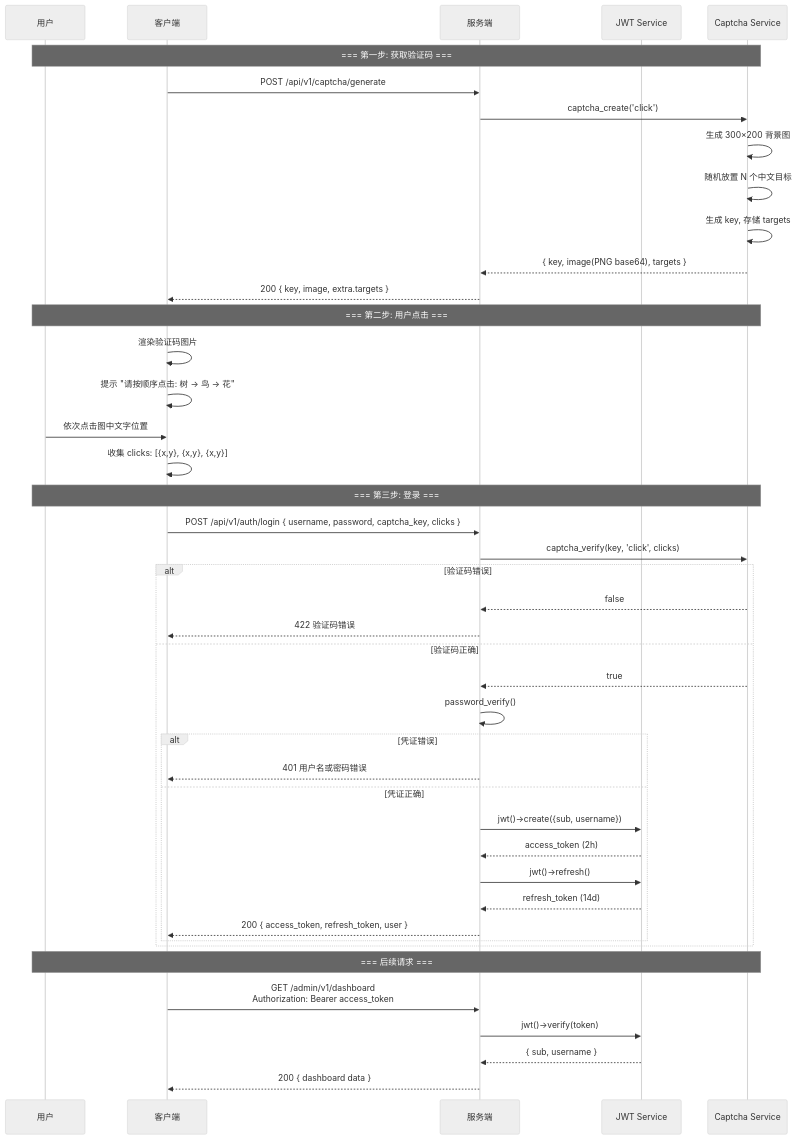
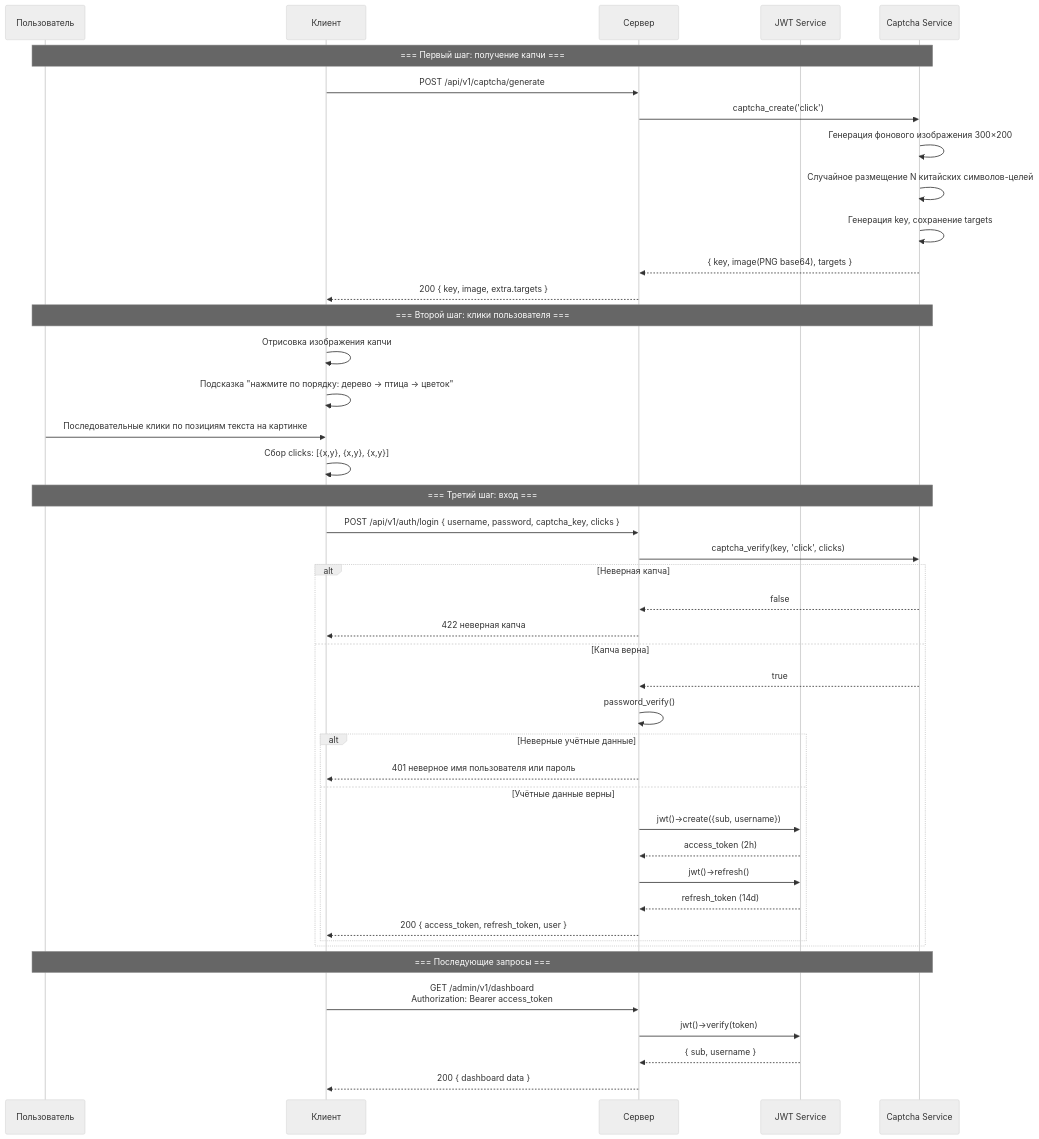
One commit to erikwang2013/game-platform-php changed the fourth of 14 diagrams in admin/docs/ARCHITECTURE.ru.md. Above: the diagram before and after it, drawn with Mermaid (neutral theme). The commit also changed other lines of this file and 211 other files, not shown here.

First line of the commit message:
fix: 支付配置读回类型根治、提现事件对账巡检，12 语族 mermaid 与 API 标签本地化

````diff
--- a/admin/docs/ARCHITECTURE.ru.md
+++ b/admin/docs/ARCHITECTURE.ru.md
@@ -229,49 +229,49 @@
 ```mermaid
 sequenceDiagram
-    participant U as 用户
-    participant CL as 客户端
-    participant SV as 服务端
+    participant U as Пользователь
+    participant CL as Клиент
+    participant SV as Сервер
     participant JWT as JWT Service
     participant CAP as Captcha Service
 
-    Note over U,CAP: === 第一步: 获取验证码 ===
+    Note over U,CAP: === Первый шаг: получение капчи ===
     CL->>SV: POST /api/v1/captcha/generate
     SV->>CAP: captcha_create('click')
-    CAP->>CAP: 生成 300×200 背景图
-    CAP->>CAP: 随机放置 N 个中文目标
-    CAP->>CAP: 生成 key, 存储 targets
+    CAP->>CAP: Генерация фонового изображения 300×200
+    CAP->>CAP: Случайное размещение N китайских символов-целей
+    CAP->>CAP: Генерация key, сохранение targets
     CAP-->>SV: { key, image(PNG base64), targets }
     SV-->>CL: 200 { key, image, extra.targets }
 
-    Note over U,CAP: === 第二步: 用户点击 ===
-    CL->>CL: 渲染验证码图片
-    CL->>CL: 提示 "请按顺序点击: 树 → 鸟 → 花"
-    U->>CL: 依次点击图中文字位置
-    CL->>CL: 收集 clicks: [{x,y}, {x,y}, {x,y}]
+    Note over U,CAP: === Второй шаг: клики пользователя ===
+    CL->>CL: Отрисовка изображения капчи
+    CL->>CL: Подсказка "нажмите по порядку: дерево → птица → цветок"
+    U->>CL: Последовательные клики по позициям текста на картинке
+    CL->>CL: Сбор clicks: [{x,y}, {x,y}, {x,y}]
 
-    Note over U,CAP: === 第三步: 登录 ===
+    Note over U,CAP: === Третий шаг: вход ===
     CL->>SV: POST /api/v1/auth/login { username, password, captcha_key, clicks }
     SV->>CAP: captcha_verify(key, 'click', clicks)
-    alt 验证码错误
+    alt Неверная капча
         CAP-->>SV: false
-        SV-->>CL: 422 验证码错误
-    else 验证码正确
+        SV-->>CL: 422 неверная капча
+    else Капча верна
         CAP-->>SV: true
         SV->>SV: password_verify()
-        alt 凭证错误
-            SV-->>CL: 401 用户名或密码错误
-        else 凭证正确
+        alt Неверные учётные данные
+            SV-->>CL: 401 неверное имя пользователя или пароль
+        else Учётные данные верны
             SV->>JWT: jwt()->create({sub, username})
             JWT-->>SV: access_token (2h)
             SV->>JWT: jwt()->refresh()
             JWT-->>SV: refresh_token (14d)
             SV-->>CL: 200 { access_token, refresh_token, user }
         end
     end
 
-    Note over U,CAP: === 后续请求 ===
+    Note over U,CAP: === Последующие запросы ===
     CL->>SV: GET /admin/v1/dashboard<br/>Authorization: Bearer access_token
     SV->>JWT: jwt()->verify(token)
     JWT-->>SV: { sub, username }
     SV-->>CL: 200 { dashboard data }
 ```
````
